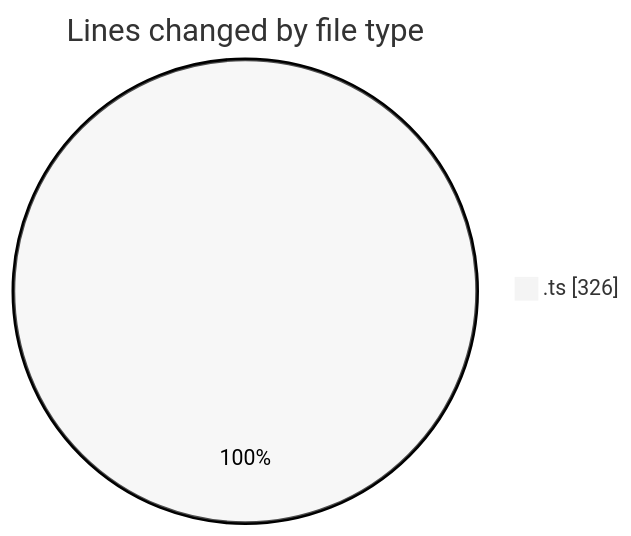
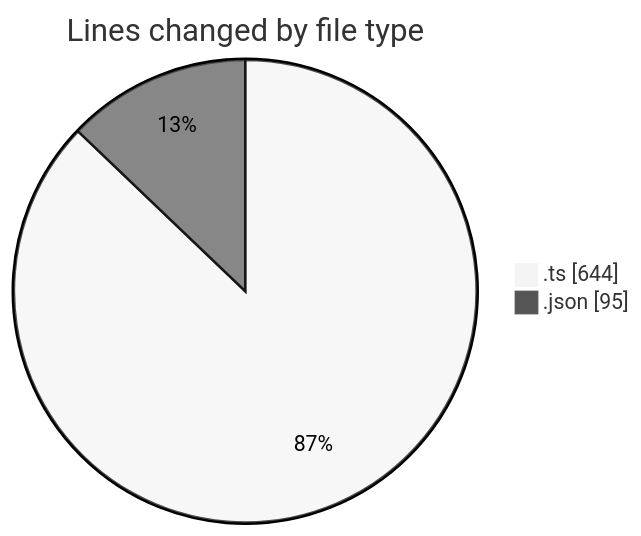
Before and after one commit to ernivani/code-tracking: the first of 2 diagrams in 2025-01-03/my-code-activity-ext/README.md, drawn with Mermaid (neutral theme). The commit also changed other lines of this file and 6 other files, not shown here.

````diff
--- a/2025-01-03/my-code-activity-ext/README.md
+++ b/2025-01-03/my-code-activity-ext/README.md
@@ -21,5 +24,6 @@
 ```mermaid
 pie showData
 title Lines changed by file type
-".ts" : 326
+".ts" : 644
+".json" : 95
 ```
````
